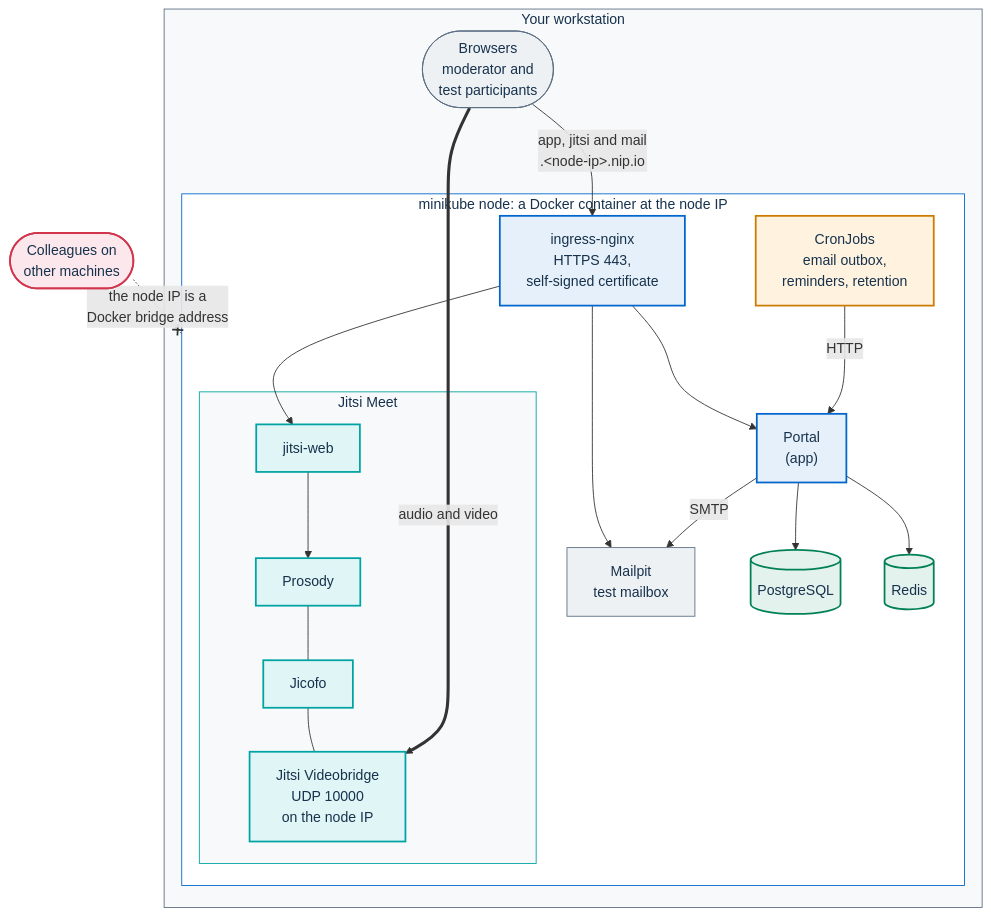
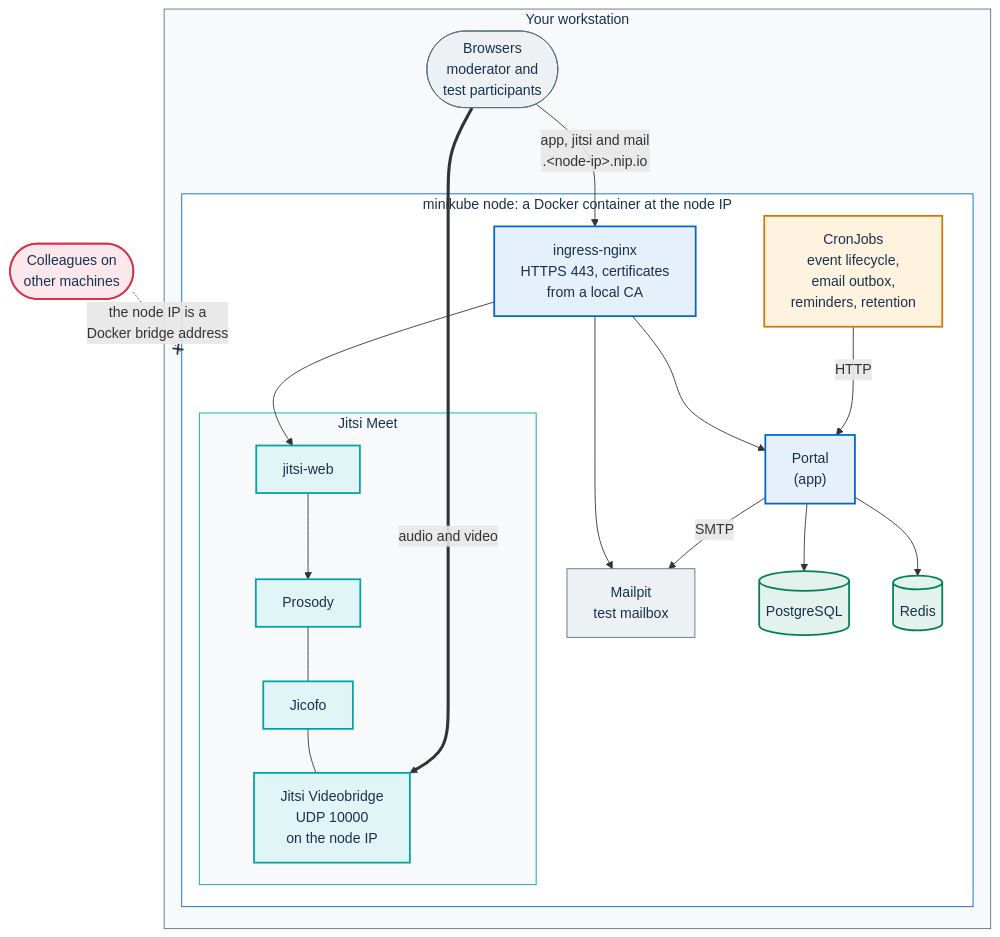
One commit to italia/pa-webinar changed the first of 2 diagrams in docs/install/minikube.md. Above: the diagram before and after it, drawn with Mermaid. The commit also changed other lines of this file and 45 other files, not shown here.

````diff
--- a/docs/install/minikube.md
+++ b/docs/install/minikube.md
@@ -60,40 +63,40 @@
 ```mermaid
 flowchart TB
   classDef portal fill:#E6F0FA,stroke:#0066CC,stroke-width:2px,color:#17324D
   classDef media fill:#E0F5F5,stroke:#00A3A3,stroke-width:2px,color:#17324D
   classDef data fill:#E3F2EC,stroke:#008055,stroke-width:2px,color:#17324D
   classDef job fill:#FFF3E0,stroke:#CC7A00,stroke-width:2px,color:#17324D
   classDef ext fill:#EEF1F4,stroke:#5C6F82,stroke-width:1px,color:#17324D
   classDef risk fill:#FCE8EC,stroke:#D1344C,stroke-width:2px,color:#17324D
   subgraph WS["Your workstation"]
     BR(["Browsers<br/>moderator and<br/>test participants"]):::ext
     subgraph NODE["minikube node: a Docker container at the node IP"]
-      ING["ingress-nginx<br/>HTTPS 443,<br/>self-signed certificate"]:::portal
+      ING["ingress-nginx<br/>HTTPS 443, certificates<br/>from a local CA"]:::portal
       APP["Portal<br/>(app)"]:::portal
       MP["Mailpit<br/>test mailbox"]:::ext
       subgraph JM["Jitsi Meet"]
         WEB["jitsi-web"]:::media
         PRO["Prosody"]:::media
         JIC["Jicofo"]:::media
         JVB["Jitsi Videobridge<br/>UDP 10000<br/>on the node IP"]:::media
       end
       PG[("PostgreSQL")]:::data
       RD[("Redis")]:::data
-      JOBS["CronJobs<br/>email outbox,<br/>reminders, retention"]:::job
+      JOBS["CronJobs<br/>event lifecycle,<br/>email outbox,<br/>reminders, retention"]:::job
     end
   end
   style WS fill:#F7F9FB,stroke:#5C6F82,color:#17324D
   style NODE fill:#FFFFFF,stroke:#0066CC,color:#17324D
   style JM fill:#F7F9FB,stroke:#00A3A3,color:#17324D
   LAN(["Colleagues on<br/>other machines"]):::risk
   BR -->|"app, jitsi and mail<br/>.&lt;node-ip&gt;.nip.io"| ING
   ING --> APP & WEB & MP
   WEB --> PRO
   PRO --- JIC
   JIC --- JVB
   BR ==>|"audio and video"| JVB
   APP --> PG & RD
   JOBS -->|"HTTP"| APP
   APP -->|"SMTP"| MP
   LAN -.-x|"the node IP is a<br/>Docker bridge address"| NODE
 ```
````
